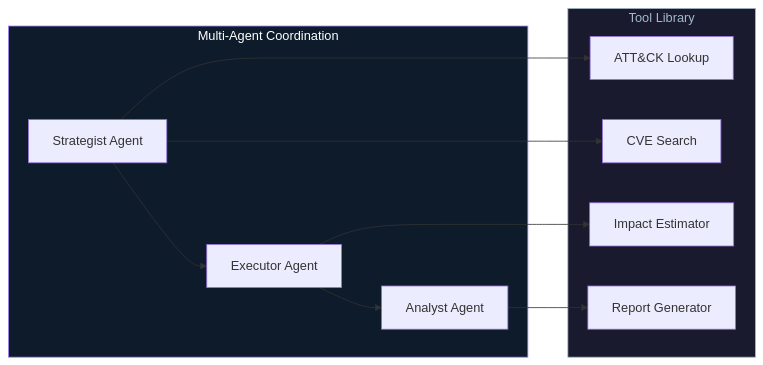
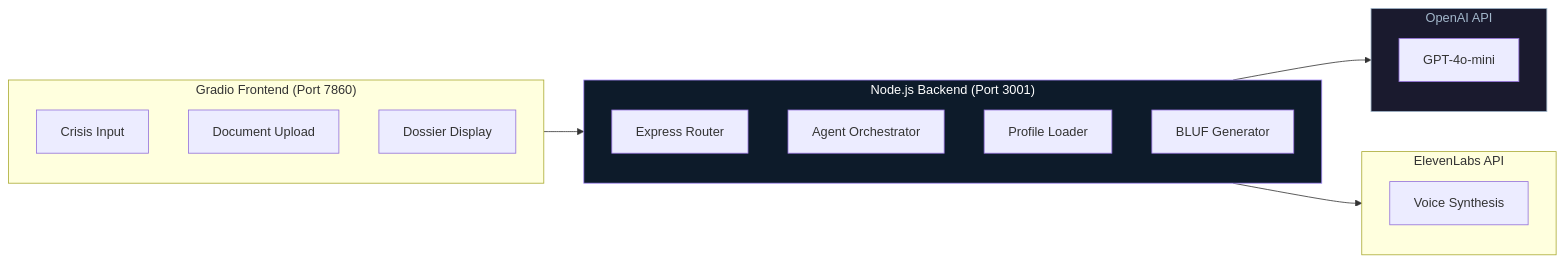
One commit to ges257/adversary-iq changed the second of 2 diagrams in ARCHITECTURE.md. Above: the diagram before and after it, drawn with Mermaid. The commit also changed other lines of this file and 31 other files, not shown here.

````diff
--- a/ARCHITECTURE.md
+++ b/ARCHITECTURE.md
@@ -85,24 +123,30 @@
 ```mermaid
 graph LR
-    subgraph Agents["Multi-Agent Coordination"]
-        A["Strategist Agent"]
-        B["Executor Agent"]
-        C["Analyst Agent"]
+    subgraph Frontend["Gradio Frontend (Port 7860)"]
+        F1["Crisis Input"]
+        F2["Document Upload"]
+        F3["Dossier Display"]
     end
 
-    subgraph Tools["Tool Library"]
-        T1["ATT&CK Lookup"]
-        T2["CVE Search"]
-        T3["Impact Estimator"]
-        T4["Report Generator"]
+    subgraph Backend["Node.js Backend (Port 3001)"]
+        B1["Express Router"]
+        B2["Agent Orchestrator"]
+        B3["Profile Loader"]
+        B4["BLUF Generator"]
     end
 
-    A --> B --> C
-    A --> T1
-    A --> T2
-    B --> T3
-    C --> T4
+    subgraph LLM["OpenAI API"]
+        L1["GPT-4o-mini"]
+    end
 
-    style Agents fill:#0D1B2A,stroke:#A78BFA,color:#fff
-    style Tools fill:#1a1a2e,stroke:#A3B8CC,color:#A3B8CC
+    subgraph Voice["ElevenLabs API"]
+        V1["Voice Synthesis"]
+    end
+
+    Frontend --> Backend
+    Backend --> LLM
+    Backend --> Voice
+
+    style Backend fill:#0D1B2A,stroke:#A78BFA,color:#fff
+    style LLM fill:#1a1a2e,stroke:#A3B8CC,color:#A3B8CC
 ```
````
